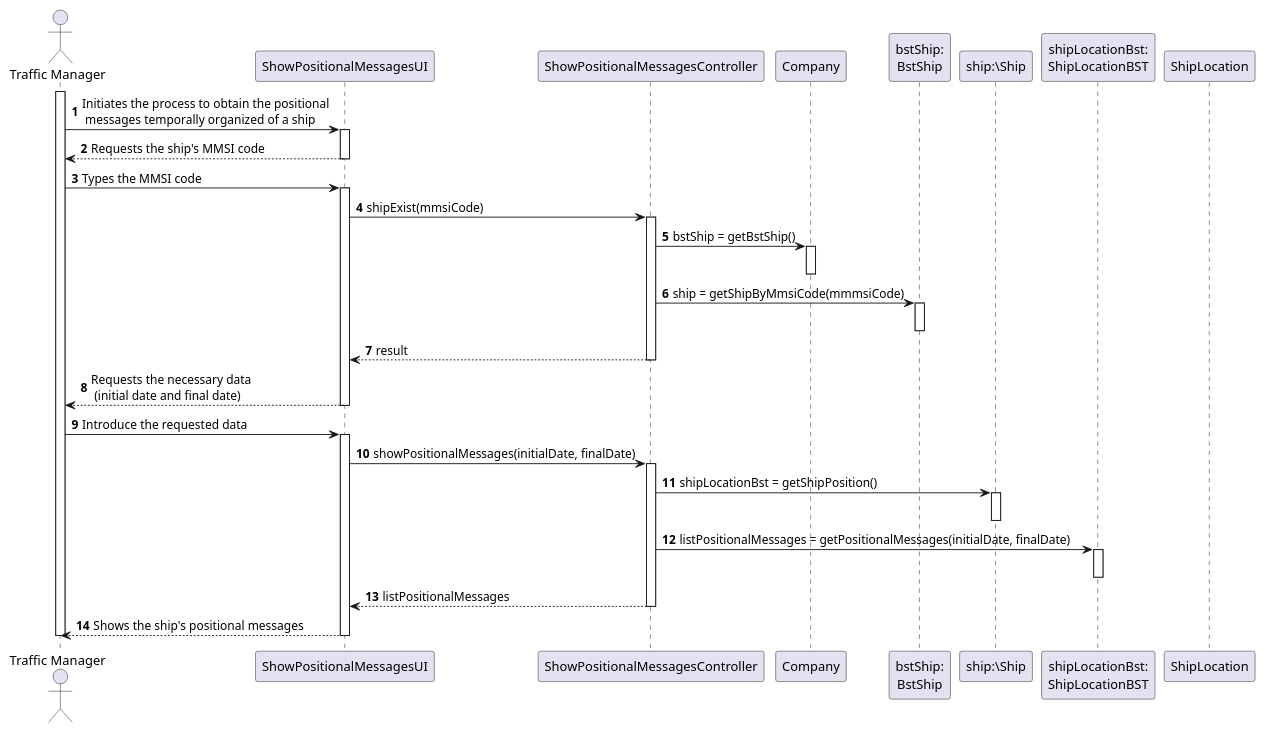
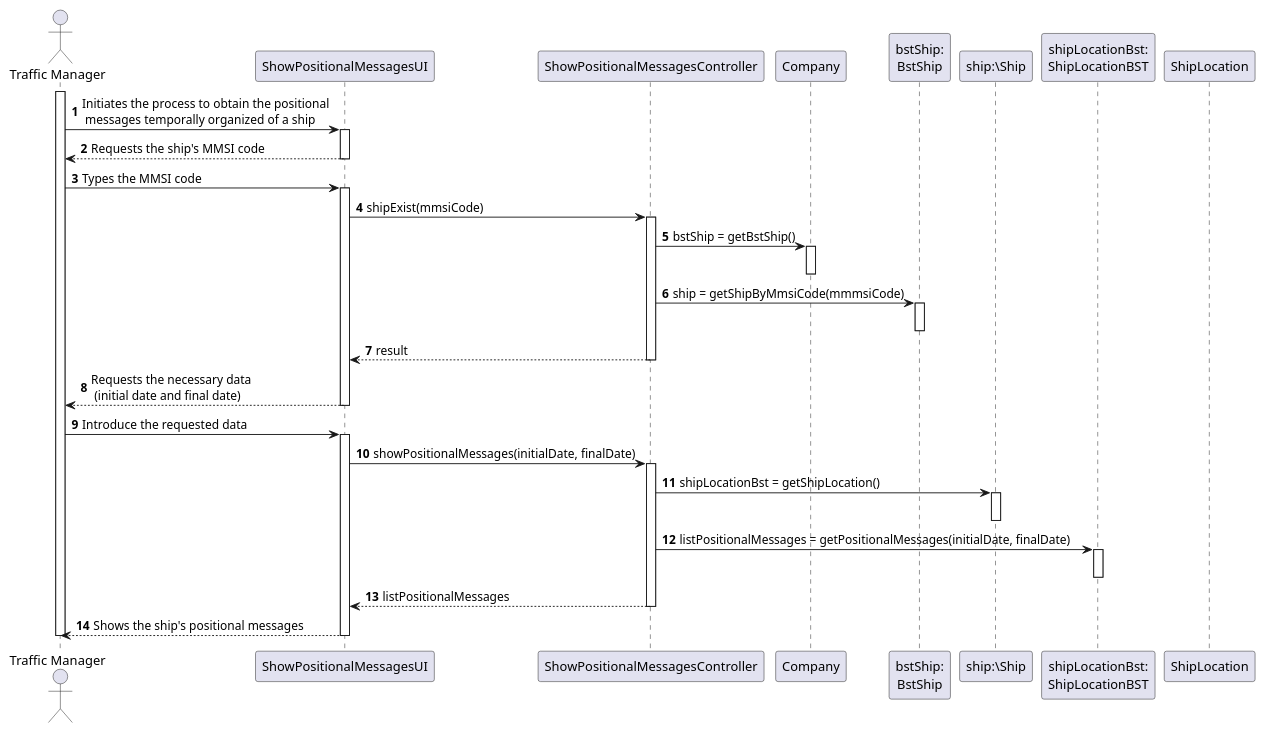
The diagram in docs/US103/US103_SD.puml (0franciscor/lapr3-2021-g042), drawn with PlantUML before and after one commit. The commit also changed 11 other files, not shown here.

```diff
--- a/docs/US103/US103_SD.puml
+++ b/docs/US103/US103_SD.puml
@@ -1,54 +1,54 @@
 @startuml
 'https://plantuml.com/sequence-diagram
 
 autonumber
 actor "Traffic Manager" as TM
 
 participant "ShowPositionalMessagesUI" as UI
 participant "ShowPositionalMessagesController" as CTRL
 participant "Company" as COMP
 participant "bstShip:\nBstShip" as BstShip
 participant "ship:\Ship" as S
 participant "shipLocationBst:\nShipLocationBST" as ShipLocationBST
 participant "ShipLocation" as SL
 
 
 activate TM
 TM -> UI : Initiates the process to obtain the positional\n messages temporally organized of a ship
 activate UI
 UI --> TM : Requests the ship's MMSI code
 deactivate UI
 TM -> UI : Types the MMSI code
 activate UI
 UI-> CTRL: shipExist(mmsiCode)
 activate CTRL
 CTRL -> COMP : bstShip = getBstShip()
 activate COMP
 deactivate COMP
 CTRL -> BstShip : ship = getShipByMmsiCode(mmmsiCode)
 activate BstShip
 deactivate BstShip
 CTRL --> UI : result
 deactivate CTRL
 UI --> TM : Requests the necessary data \n (initial date and final date)
 deactivate UI
 TM -> UI : Introduce the requested data
 activate UI
 UI -> CTRL: showPositionalMessages(initialDate, finalDate)
 activate CTRL
-CTRL -> S : shipLocationBst = getShipPosition()
+CTRL -> S : shipLocationBst = getShipLocation()
 activate S
 deactivate S
 CTRL -> ShipLocationBST : listPositionalMessages = getPositionalMessages(initialDate, finalDate)
 activate ShipLocationBST
 deactivate ShipLocationBST
 CTRL --> UI: listPositionalMessages
 deactivate CTRL
 UI --> TM : Shows the ship's positional messages
 deactivate UI
 
 deactivate TM
 
 
 
 @enduml
```
